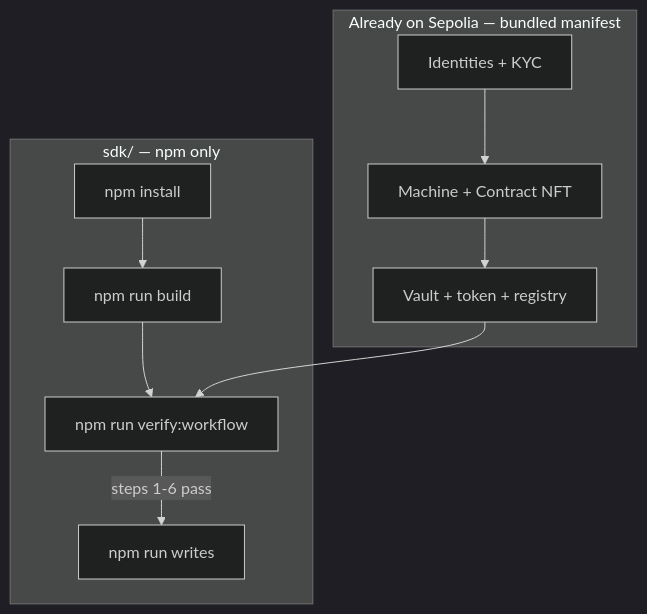
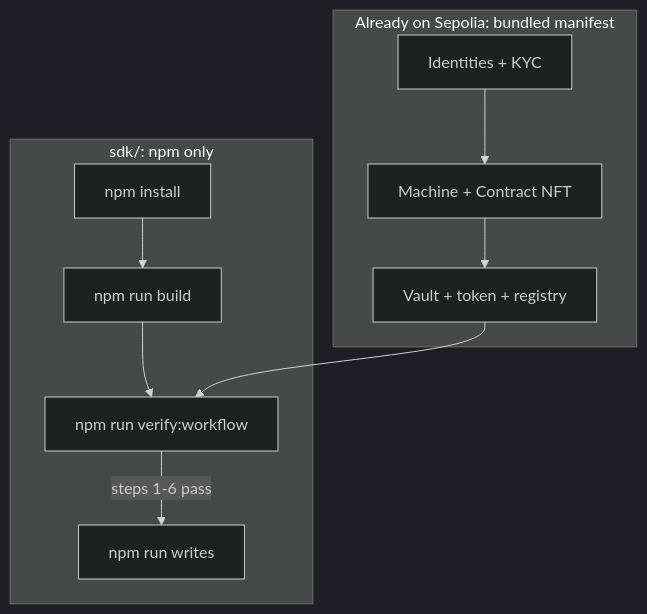
Before and after one commit to Bleyle823/Arbitrum-Machine-RWA-framework: the diagram in sdk/mintlify/workflows/sdk-standalone.mdx, drawn with Mermaid (dark theme). The commit also changed other lines of this file and 151 other files, not shown here.

````diff
--- a/sdk/mintlify/workflows/sdk-standalone.mdx
+++ b/sdk/mintlify/workflows/sdk-standalone.mdx
@@ -134,17 +134,17 @@
 ```mermaid
 flowchart TD
-  subgraph sdkOnly [sdk/ — npm only]
+  subgraph sdkOnly [sdk/: npm only]
     A1[npm install]
     A2[npm run build]
     B1[npm run verify:workflow]
     C1[npm run writes]
   end
-  subgraph onChain [Already on Sepolia — bundled manifest]
+  subgraph onChain [Already on Sepolia: bundled manifest]
     S1[Identities + KYC]
     S2[Machine + Contract NFT]
     S3[Vault + token + registry]
   end
   A1 --> A2 --> B1
   B1 -->|steps 1-6 pass| C1
   S1 --> S2 --> S3 --> B1
 ```
````
